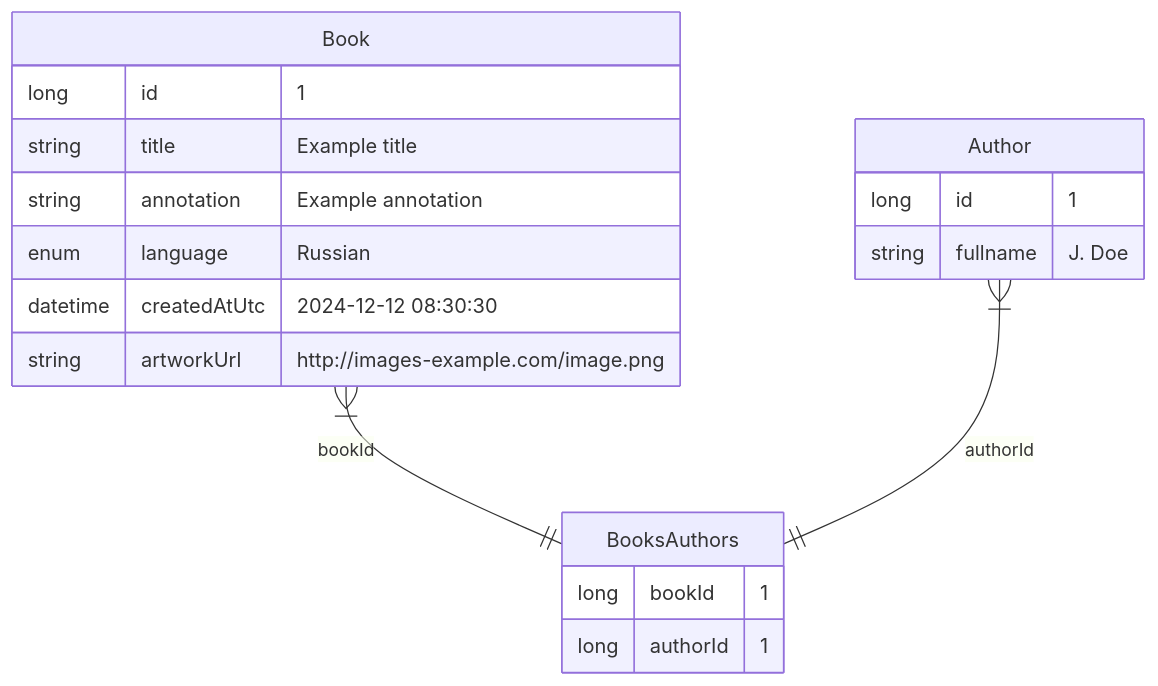
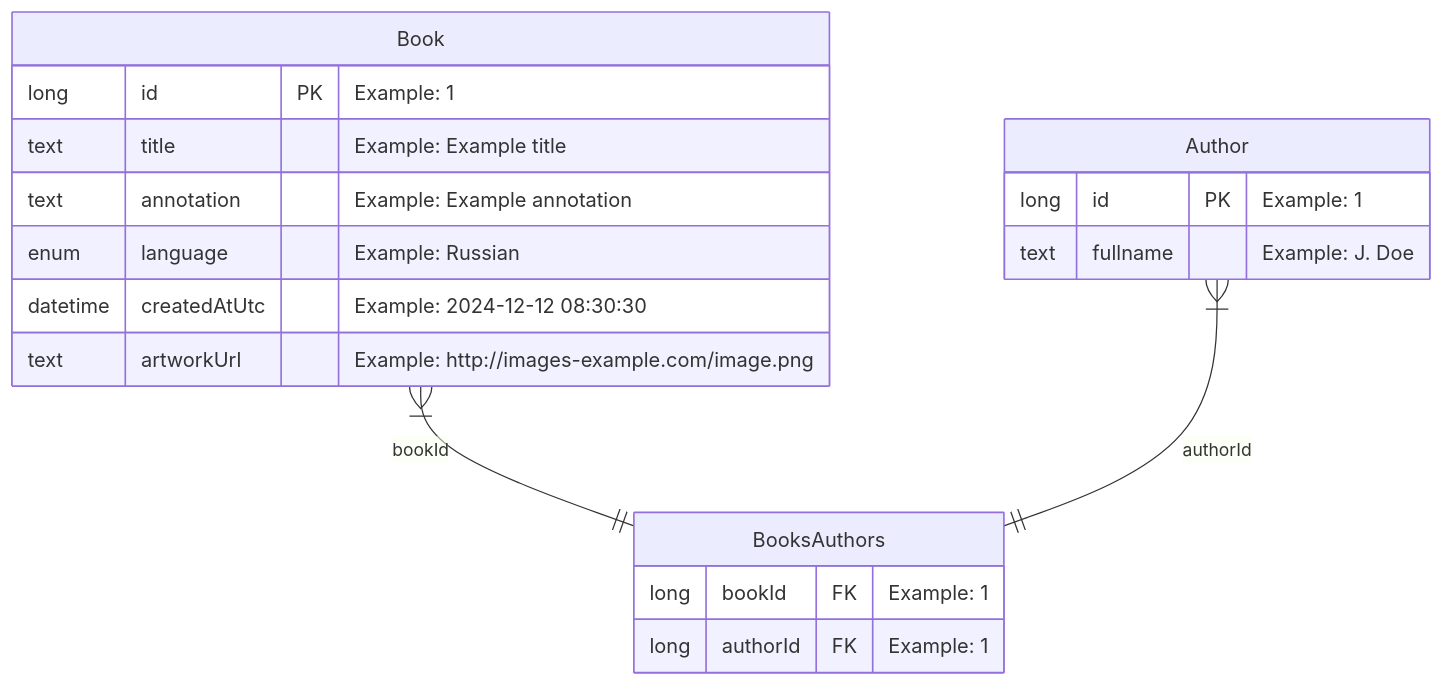
The diagram in README.md (TourmalineCore/inner-circle-books-api), drawn with Mermaid before and after one commit.

Commit message:
chore: add "example" to examples of values, define PK and FK

````diff
--- a/README.md
+++ b/README.md
@@ -4,21 +4,21 @@
 ```mermaid
 erDiagram
 Book{
-  long id "1"
-  string title "Example title" 
-  string annotation "Example annotation"
-  enum language "Russian"
-  datetime createdAtUtc "2024-12-12 08:30:30"
-  string artworkUrl "http://images-example.com/image.png"
+  long id PK "Example: 1"
+  text title "Example: Example title" 
+  text annotation "Example: Example annotation"
+  enum language "Example: Russian"
+  datetime createdAtUtc "Example: 2024-12-12 08:30:30"
+  text artworkUrl "Example: http://images-example.com/image.png"
 }
 Author{
-  long id "1"
-  string fullname "J. Doe"
+  long id PK "Example: 1"
+  text fullname "Example: J. Doe"
 }
 BooksAuthors{
-    long bookId "1"
-    long authorId "1"
+    long bookId FK "Example: 1"
+    long authorId FK "Example: 1"
 }
 Book }|--|| BooksAuthors: bookId
 Author }|--|| BooksAuthors: authorId
 ```
````
